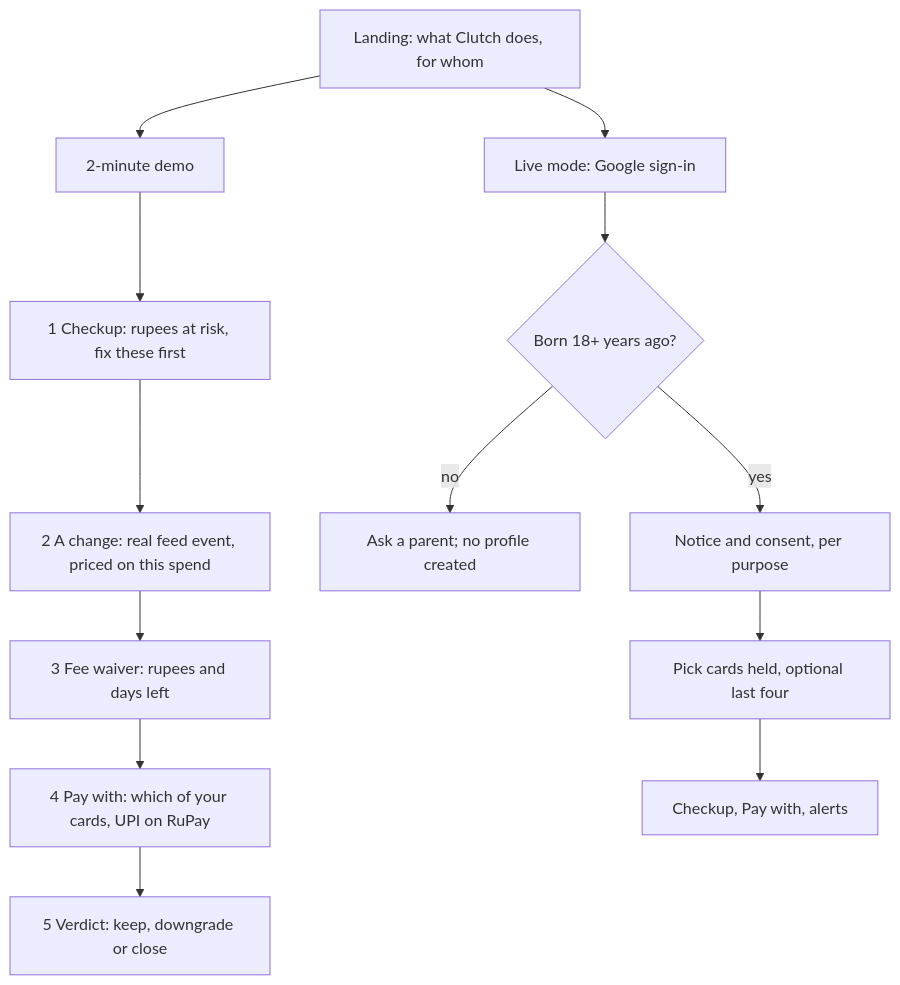
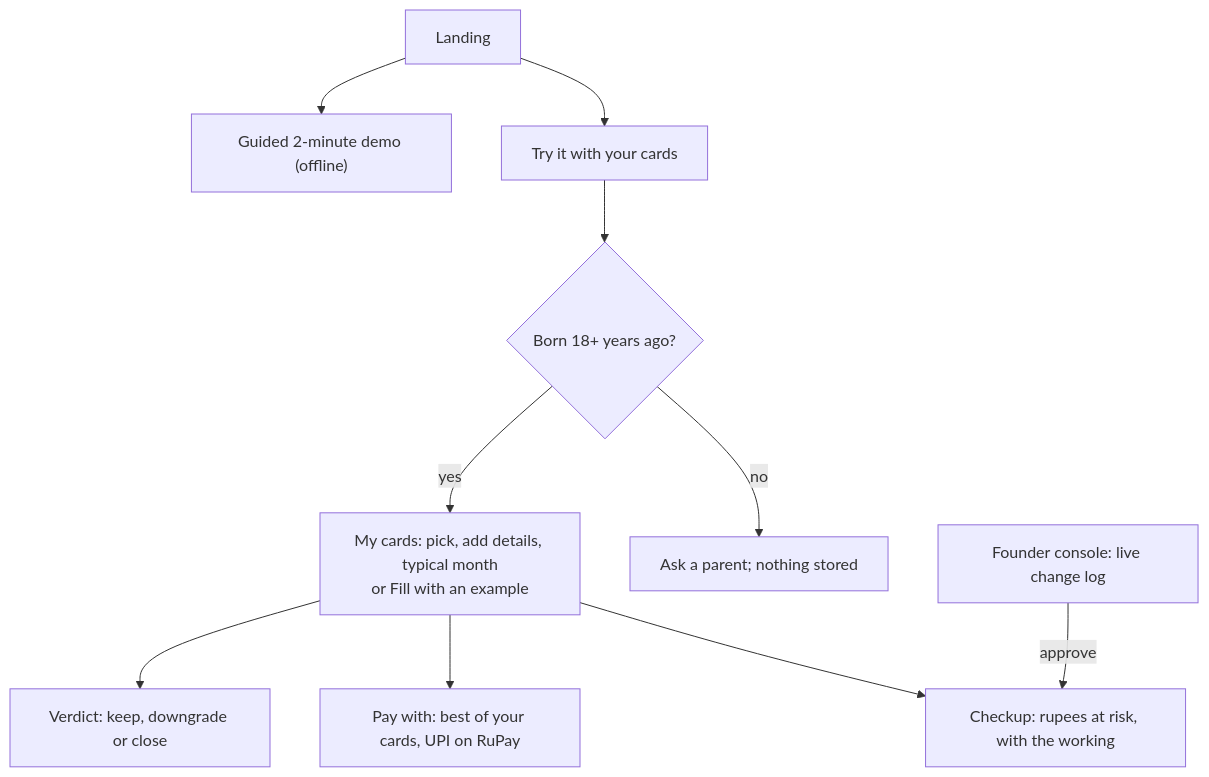
The second of 5 diagrams in README.md (Asha0509/Clutch_MVP), drawn with Mermaid before and after one commit. The commit also changed other lines of this file and 5 other files, not shown here.

First line of the commit message:
Update the README, demo script and video recording for the working prototype

````diff
--- a/README.md
+++ b/README.md
@@ -217,15 +235,12 @@
 ```mermaid
 flowchart TD
-    L["Landing: what Clutch does, for whom"] --> D["2-minute demo"]
-    D --> C["1 Checkup: rupees at risk, fix these first"]
-    C --> A["2 A change: real feed event, priced on this spend"]
-    A --> W["3 Fee waiver: rupees and days left"]
-    W --> P["4 Pay with: which of your cards, UPI on RuPay"]
-    P --> V["5 Verdict: keep, downgrade or close"]
-    L --> S["Live mode: Google sign-in"]
-    S --> G{"Born 18+ years ago?"}
-    G -- no --> X["Ask a parent; no profile created"]
-    G -- yes --> N["Notice and consent, per purpose"]
-    N --> K["Pick cards held, optional last four"]
-    K --> CU["Checkup, Pay with, alerts"]
+    L["Landing"] --> T["Try it with your cards"]
+    L --> D["Guided 2-minute demo (offline)"]
+    T --> G{"Born 18+ years ago?"}
+    G -- no --> X["Ask a parent; nothing stored"]
+    G -- yes --> C["My cards: pick, add details, typical month<br/>or Fill with an example"]
+    C --> K["Checkup: rupees at risk, with the working"]
+    C --> P["Pay with: best of your cards, UPI on RuPay"]
+    C --> V["Verdict: keep, downgrade or close"]
+    F["Founder console: live change log"] -->|approve| K
 ```
````
